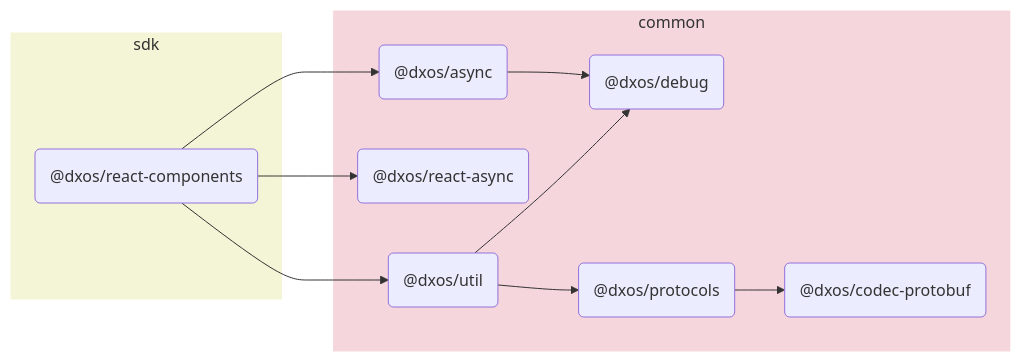
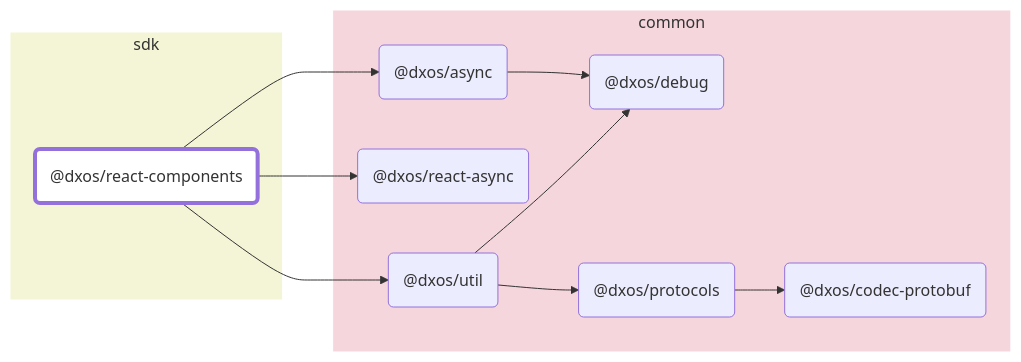
One commit to dxos/dxos changed the diagram in packages/sdk/react-components/docs/README.md. Above: the diagram before and after it, drawn with Mermaid. The commit also changed other lines of this file and 88 other files, not shown here.

````diff
--- a/packages/sdk/react-components/docs/README.md
+++ b/packages/sdk/react-components/docs/README.md
@@ -5,26 +7,34 @@
 ```mermaid
 flowchart LR;
+
+style dxos/react-components fill:#fff,stroke-width:4px;
+
+click dxos/async "https:/github.com/dxos/dxos/tree/main/packages/common/async/docs";
+click dxos/debug "https:/github.com/dxos/dxos/tree/main/packages/common/debug/docs";
+click dxos/react-async "https:/github.com/dxos/dxos/tree/main/packages/common/react-async/docs";
+click dxos/util "https:/github.com/dxos/dxos/tree/main/packages/common/util/docs";
+click dxos/protocols "https:/github.com/dxos/dxos/tree/main/packages/common/protocols/docs";
 
 subgraph sdk
   style sdk fill:#f4f5d6,stroke:#fff;
   dxos/react-components("@dxos/react-components");
 end
 
 subgraph common
   style common fill:#f5d6dd,stroke:#fff;
   dxos/async("@dxos/async");
   dxos/debug("@dxos/debug");
   dxos/react-async("@dxos/react-async");
   dxos/util("@dxos/util");
   dxos/protocols("@dxos/protocols");
   dxos/codec-protobuf("@dxos/codec-protobuf");
 end
 
 dxos/react-components --> dxos/async;
 dxos/async --> dxos/debug;
 dxos/react-components --> dxos/react-async;
 dxos/react-components --> dxos/util;
 dxos/util --> dxos/debug;
 dxos/util --> dxos/protocols;
 dxos/protocols --> dxos/codec-protobuf;
 ```
````
